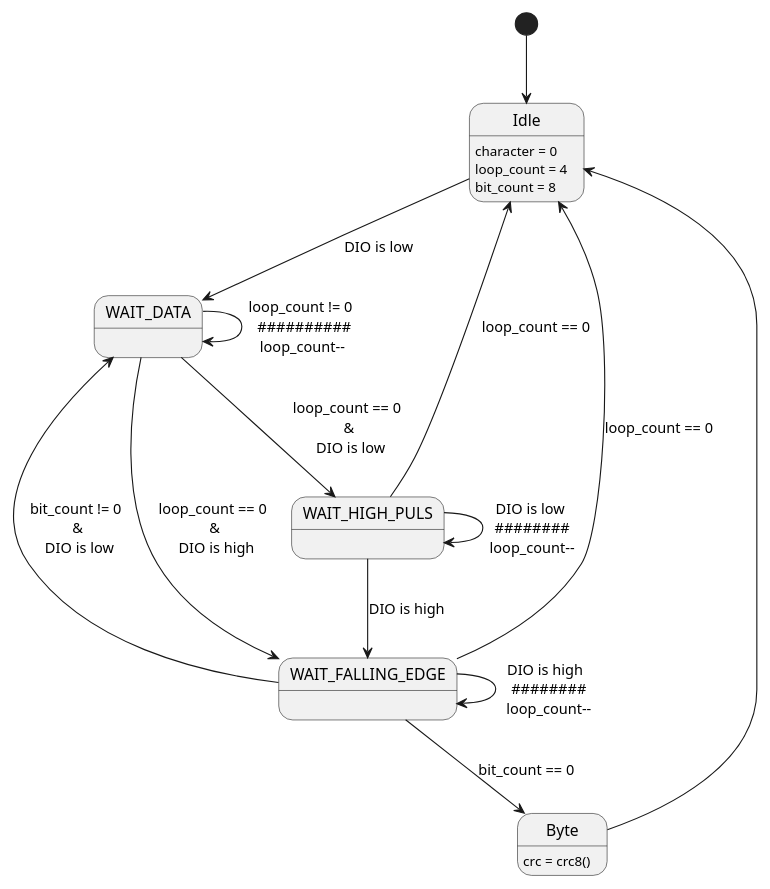
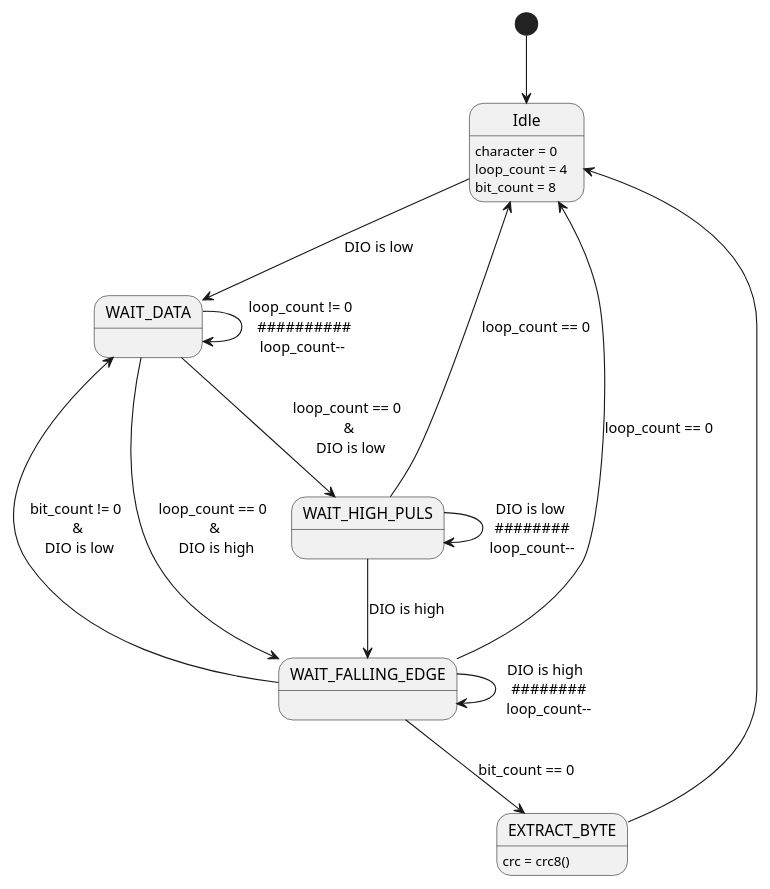
The diagram in documents/images/state.plantuml (pimium/pic16f54-asm-7-segments-display), drawn with PlantUML before and after one commit. The commit also changed 1 other file, not shown here.

Commit message:
implement crc for byte wise

```diff
--- a/documents/images/state.plantuml
+++ b/documents/images/state.plantuml
@@ -1,33 +1,33 @@
 @startuml
 scale 700 height
 
 
 [*] --> Idle
 
 Idle : character = 0
 Idle : loop_count = 4
 Idle : bit_count = 8
 Idle --> WAIT_DATA :DIO is low
 
-Byte : crc = crc8()
-Byte --> Idle
+EXTRACT_BYTE : crc = crc8()
+EXTRACT_BYTE --> Idle
 
 WAIT_DATA :
 WAIT_DATA --> WAIT_DATA : loop_count != 0 \n ##########\nloop_count--
 WAIT_DATA --> WAIT_FALLING_EDGE : loop_count == 0 \n & \n DIO is high
 WAIT_DATA --> WAIT_HIGH_PULS : loop_count == 0 \n & \n DIO is low
 
 
 WAIT_HIGH_PULS :
 WAIT_HIGH_PULS --> Idle : loop_count == 0
 WAIT_HIGH_PULS --> WAIT_HIGH_PULS : DIO is low \n ######## \nloop_count--
 WAIT_HIGH_PULS --> WAIT_FALLING_EDGE : DIO is high
 
 WAIT_FALLING_EDGE :
 WAIT_FALLING_EDGE --> Idle : loop_count == 0
 WAIT_FALLING_EDGE --> WAIT_DATA : bit_count != 0 \n & \n DIO is low
-WAIT_FALLING_EDGE --> Byte : bit_count == 0
+WAIT_FALLING_EDGE --> EXTRACT_BYTE : bit_count == 0
 WAIT_FALLING_EDGE --> WAIT_FALLING_EDGE : DIO is high \n ########\n loop_count--
 'WAIT_FALLING_EDGE --> [*]
 
 @enduml
```
